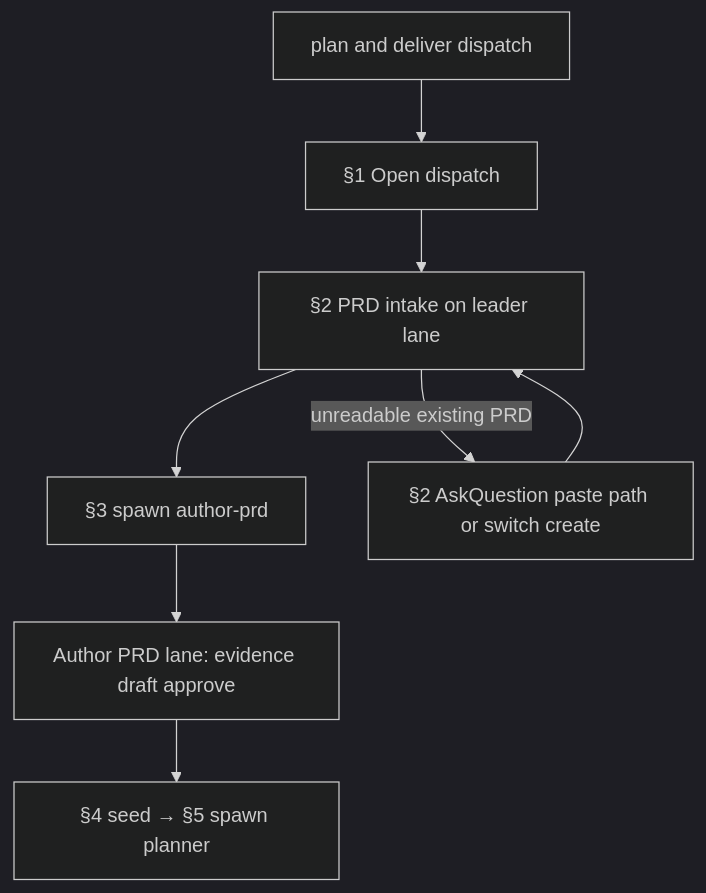
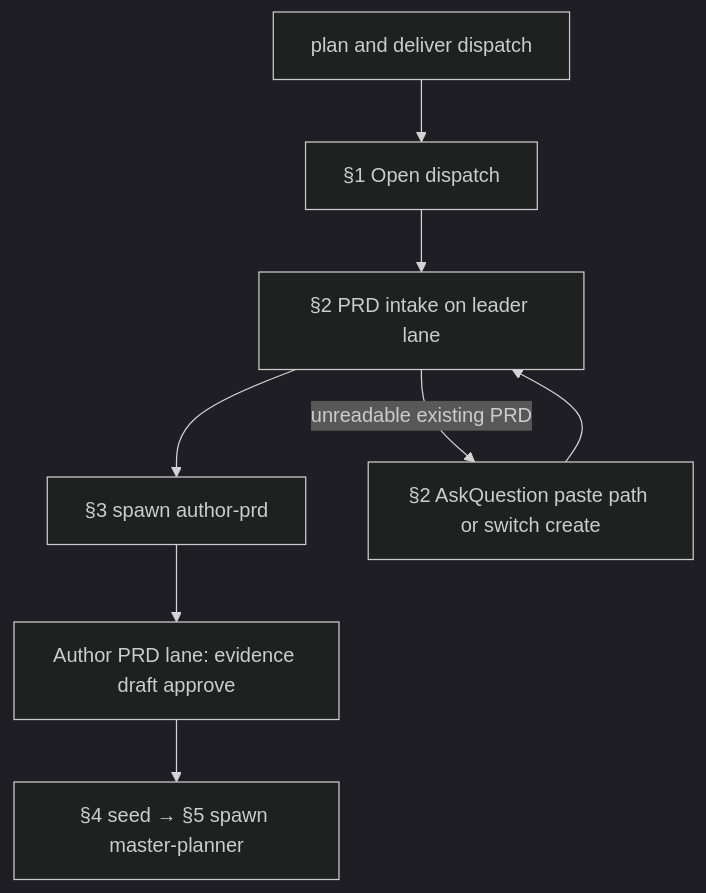
Before and after one commit to sedea-tapcart/research-and-development: the first of 4 diagrams in docs/development-process.md, drawn with Mermaid (dark theme). The commit also changed other lines of this file and 46 other files, not shown here.

````diff
--- a/docs/development-process.md
+++ b/docs/development-process.md
@@ -130,10 +140,10 @@
 ```mermaid
 flowchart TD
  START[plan and deliver dispatch] --> S1[§1 Open dispatch]
  S1 --> S2[§2 PRD intake on leader lane]
  S2 --> S3[§3 spawn author-prd]
  S3 --> APR[Author PRD lane: evidence draft approve]
- APR --> SEED[§4 seed → §5 spawn planner]
+ APR --> SEED[§4 seed → §5 spawn master-planner]
  S2 -->|unreadable existing PRD| AQ[§2 AskQuestion paste path or switch create]
  AQ --> S2
 ```
````
